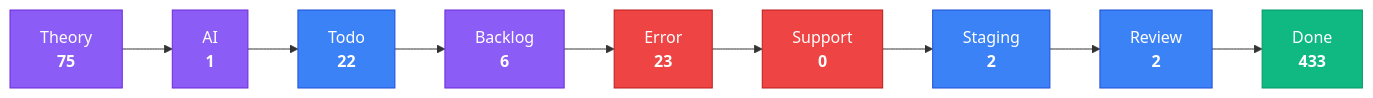
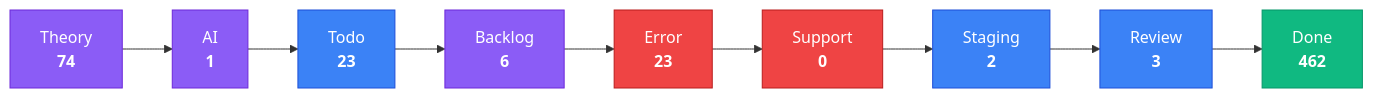
Before and after one commit to KBVE/kbve: the third of 4 diagrams in apps/kbve/astro-kbve/src/content/docs/dashboard/kanban-data.mdx, drawn with Mermaid. The commit also changed other lines of this file and 2 other files, not shown here.

````diff
--- a/apps/kbve/astro-kbve/src/content/docs/dashboard/kanban-data.mdx
+++ b/apps/kbve/astro-kbve/src/content/docs/dashboard/kanban-data.mdx
@@ -215,28 +215,28 @@
 ```mermaid
 flowchart LR
     classDef planning fill:#8b5cf6,stroke:#6d28d9,color:#fff
     classDef active fill:#3b82f6,stroke:#1d4ed8,color:#fff
     classDef blocked fill:#ef4444,stroke:#b91c1c,color:#fff
     classDef done fill:#10b981,stroke:#059669,color:#fff
-    Theory["Theory<br/><strong>75</strong>"]
+    Theory["Theory<br/><strong>74</strong>"]
     Theory --> AI
     AI["AI<br/><strong>1</strong>"]
     AI --> Todo
-    Todo["Todo<br/><strong>22</strong>"]
+    Todo["Todo<br/><strong>23</strong>"]
     Todo --> Backlog
     Backlog["Backlog<br/><strong>6</strong>"]
     Backlog --> Error
     Error["Error<br/><strong>23</strong>"]
     Error --> Support
     Support["Support<br/><strong>0</strong>"]
     Support --> Staging
     Staging["Staging<br/><strong>2</strong>"]
     Staging --> Review
-    Review["Review<br/><strong>2</strong>"]
+    Review["Review<br/><strong>3</strong>"]
     Review --> Done
-    Done["Done<br/><strong>433</strong>"]
+    Done["Done<br/><strong>462</strong>"]
     class Theory,AI,Backlog planning
     class Todo,Staging,Review active
     class Error,Support blocked
     class Done done
 ```
````
